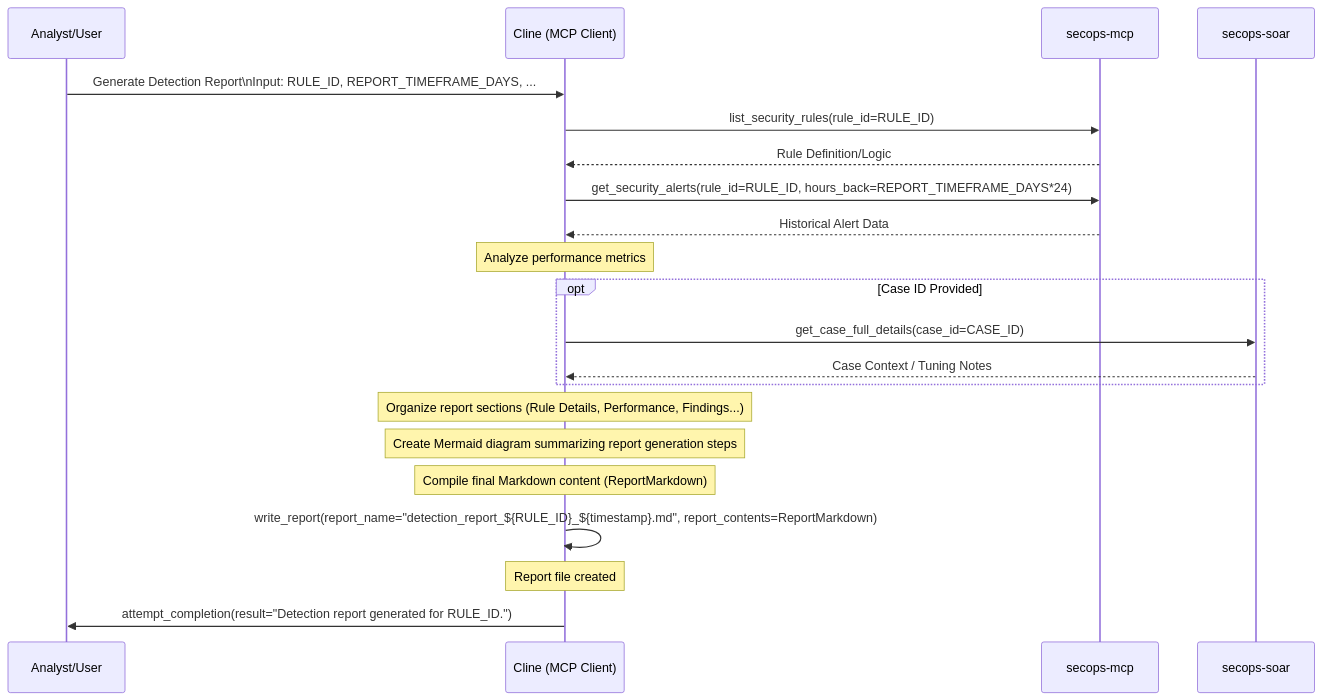
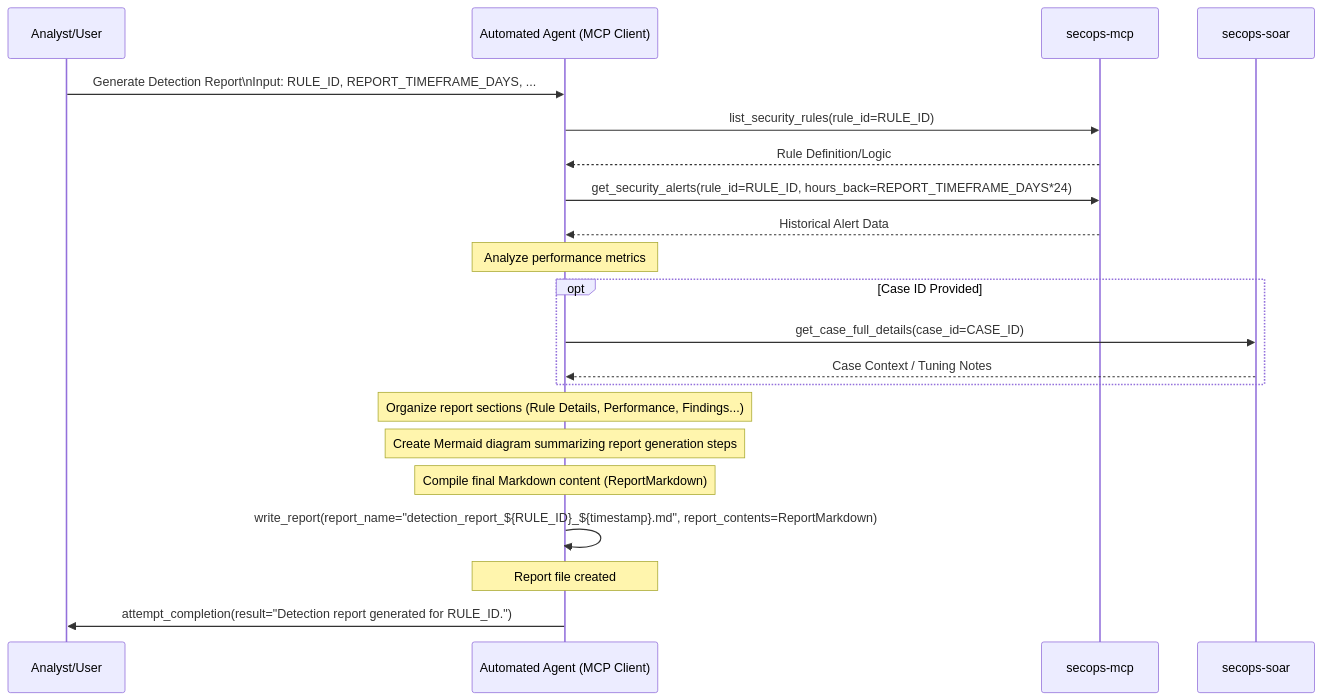
Before and after one commit to dandye/adk_runbooks: the diagram in rules-bank/run_books/detection_report.md, drawn with Mermaid. The commit also changed other lines of this file and 42 other files, not shown here.

````diff
--- a/rules-bank/run_books/detection_report.md
+++ b/rules-bank/run_books/detection_report.md
@@ -33,36 +33,36 @@
 ```{mermaid}
 sequenceDiagram
     participant Analyst/User
-    participant Cline as Cline (MCP Client)
+    participant AutomatedAgent as Automated Agent (MCP Client)
     participant SIEM as secops-mcp
     participant SOAR as secops-soar
 
-    Analyst/User->>Cline: Generate Detection Report\nInput: RULE_ID, REPORT_TIMEFRAME_DAYS, ...
+    Analyst/User->>AutomatedAgent: Generate Detection Report\nInput: RULE_ID, REPORT_TIMEFRAME_DAYS, ...
 
     %% Step 1: Gather Rule Details
-    Cline->>SIEM: list_security_rules(rule_id=RULE_ID)
-    SIEM-->>Cline: Rule Definition/Logic
+    AutomatedAgent->>SIEM: list_security_rules(rule_id=RULE_ID)
+    SIEM-->>AutomatedAgent: Rule Definition/Logic
 
     %% Step 2: Gather Performance Data
-    Cline->>SIEM: get_security_alerts(rule_id=RULE_ID, hours_back=REPORT_TIMEFRAME_DAYS*24)
-    SIEM-->>Cline: Historical Alert Data
-    Note over Cline: Analyze performance metrics
+    AutomatedAgent->>SIEM: get_security_alerts(rule_id=RULE_ID, hours_back=REPORT_TIMEFRAME_DAYS*24)
+    SIEM-->>AutomatedAgent: Historical Alert Data
+    Note over AutomatedAgent: Analyze performance metrics
 
     %% Step 3: Gather Context (Optional)
     opt Case ID Provided
-        Cline->>SOAR: get_case_full_details(case_id=CASE_ID)
-        SOAR-->>Cline: Case Context / Tuning Notes
+        AutomatedAgent->>SOAR: get_case_full_details(case_id=CASE_ID)
+        SOAR-->>AutomatedAgent: Case Context / Tuning Notes
     end
 
     %% Step 4 & 5: Structure Report & Generate Diagram
-    Note over Cline: Organize report sections (Rule Details, Performance, Findings...)
-    Note over Cline: Create Mermaid diagram summarizing report generation steps
+    Note over AutomatedAgent: Organize report sections (Rule Details, Performance, Findings...)
+    Note over AutomatedAgent: Create Mermaid diagram summarizing report generation steps
 
     %% Step 6 & 7: Format & Write Report
-    Note over Cline: Compile final Markdown content (ReportMarkdown)
-    Cline->>Cline: write_report(report_name="detection_report_${RULE_ID}_${timestamp}.md", report_contents=ReportMarkdown)
-    Note over Cline: Report file created
+    Note over AutomatedAgent: Compile final Markdown content (ReportMarkdown)
+    AutomatedAgent->>AutomatedAgent: write_report(report_name="detection_report_${RULE_ID}_${timestamp}.md", report_contents=ReportMarkdown)
+    Note over AutomatedAgent: Report file created
 
-    Cline->>Analyst/User: attempt_completion(result="Detection report generated for RULE_ID.")
+    AutomatedAgent->>Analyst/User: attempt_completion(result="Detection report generated for RULE_ID.")
 
 ```
````
